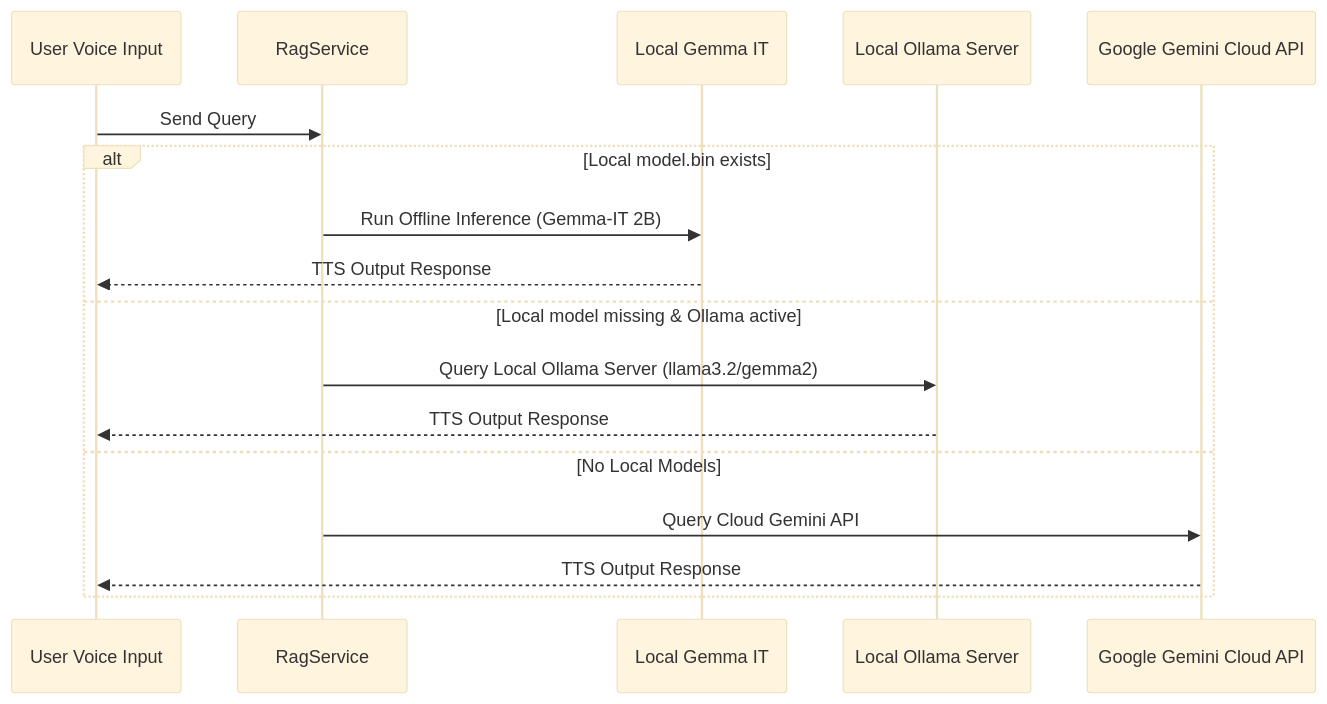
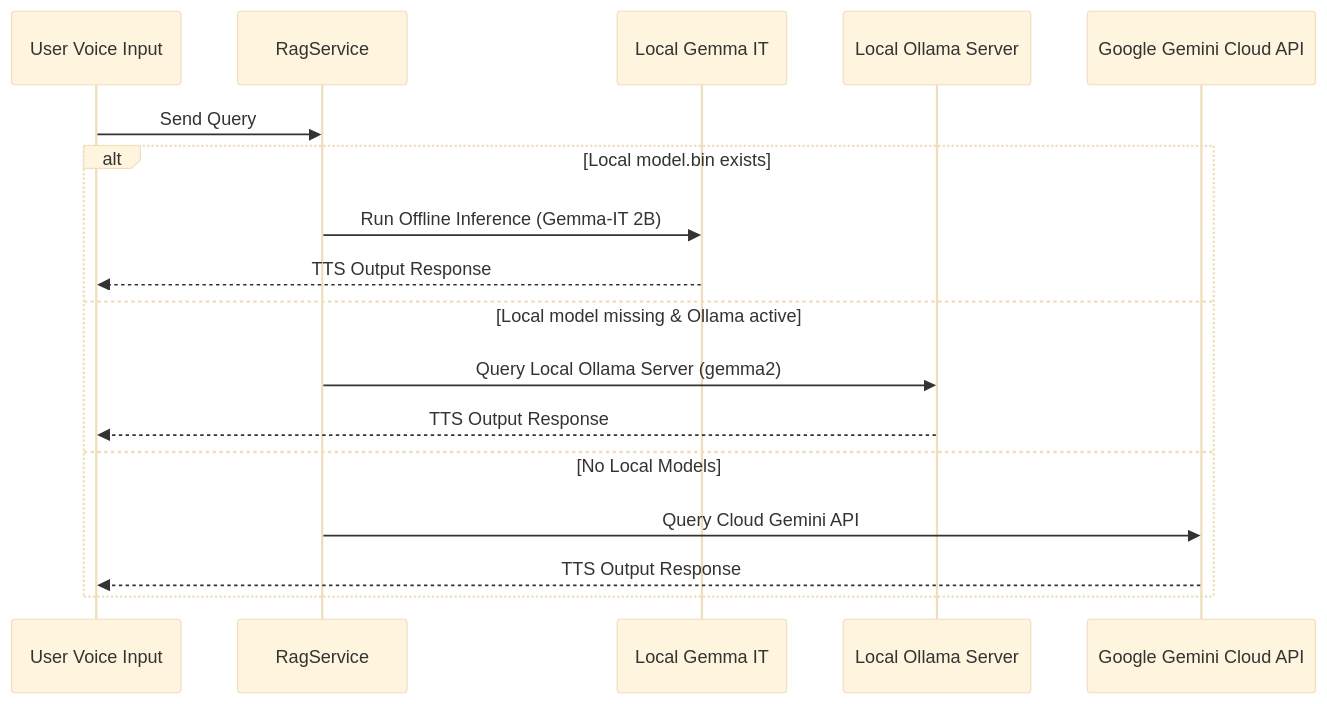
The fourth of 8 diagrams in docs/ARCHITECTURE.md (Thes-IS-IT/Easylens), drawn with Mermaid (base theme) before and after one commit.

Commit message:
docs: update sequence diagram in ARCHITECTURE.md to reference Gemma only

````diff
--- a/docs/ARCHITECTURE.md
+++ b/docs/ARCHITECTURE.md
@@ -156,20 +156,20 @@
 ```mermaid
 sequenceDiagram
     participant User as User Voice Input
     participant Coordinator as RagService
     participant LocalGemma as Local Gemma IT
     participant Ollama as Local Ollama Server
     participant Gemini as Google Gemini Cloud API
 
     User->>Coordinator: Send Query
     alt Local model.bin exists
         Coordinator->>LocalGemma: Run Offline Inference (Gemma-IT 2B)
         LocalGemma-->>User: TTS Output Response
     else Local model missing & Ollama active
-        Coordinator->>Ollama: Query Local Ollama Server (llama3.2/gemma2)
+        Coordinator->>Ollama: Query Local Ollama Server (gemma2)
         Ollama-->>User: TTS Output Response
     else No Local Models
         Coordinator->>Gemini: Query Cloud Gemini API
         Gemini-->>User: TTS Output Response
     end
 ```
````
